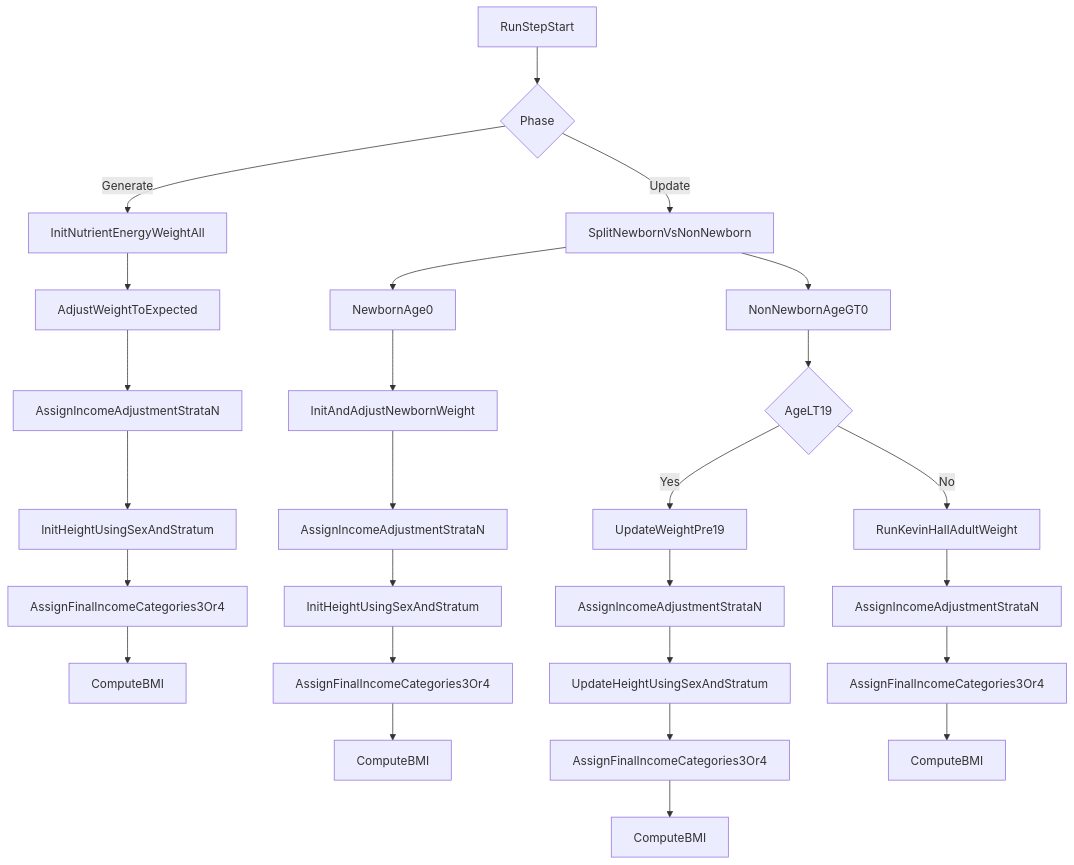
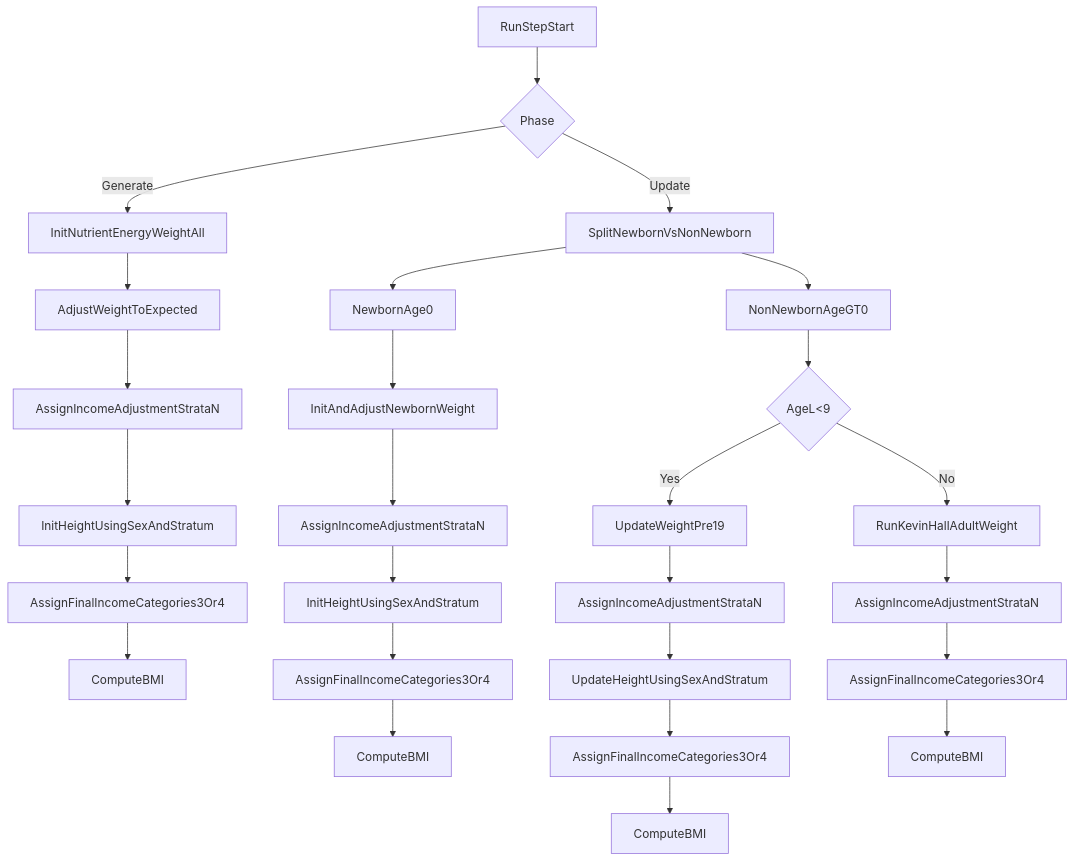
The diagram in documentation/technical/plans/height-csv-quintile-plan.md (imperialCHEPI/healthgps), drawn with Mermaid before and after one commit. The commit also changed other lines of this file and 6 other files, not shown here.

````diff
--- a/documentation/technical/plans/height-csv-quintile-plan.md
+++ b/documentation/technical/plans/height-csv-quintile-plan.md
@@ -81,32 +81,32 @@
 ```mermaid
 flowchart TD
     runStart[RunStepStart] --> modeCheck{Phase}
     modeCheck -->|Generate| initAll[InitNutrientEnergyWeightAll]
     modeCheck -->|Update| updateSplit[SplitNewbornVsNonNewborn]
 
     initAll --> weightAdjust[AdjustWeightToExpected]
     weightAdjust --> strataAssign[AssignIncomeAdjustmentStrataN]
     strataAssign --> heightInit[InitHeightUsingSexAndStratum]
     heightInit --> finalIncomeInit[AssignFinalIncomeCategories3Or4]
     finalIncomeInit --> bmiInit[ComputeBMI]
 
     updateSplit --> newbornPath[NewbornAge0]
     updateSplit --> nonNewbornPath[NonNewbornAgeGT0]
 
     newbornPath --> newbornWeight[InitAndAdjustNewbornWeight]
     newbornWeight --> newbornStrata[AssignIncomeAdjustmentStrataN]
     newbornStrata --> newbornHeight[InitHeightUsingSexAndStratum]
     newbornHeight --> newbornIncome[AssignFinalIncomeCategories3Or4]
     newbornIncome --> newbornBmi[ComputeBMI]
 
-    nonNewbornPath --> ageGate{AgeLT19}
+    nonNewbornPath --> ageGate{AgeL<9}
     ageGate -->|Yes| childWeight[UpdateWeightPre19]
     ageGate -->|No| adultWeight[RunKevinHallAdultWeight]
     childWeight --> childStrata[AssignIncomeAdjustmentStrataN]
     childStrata --> childHeight[UpdateHeightUsingSexAndStratum]
     childHeight --> childIncome[AssignFinalIncomeCategories3Or4]
     childIncome --> childBmi[ComputeBMI]
     adultWeight --> adultStrata[AssignIncomeAdjustmentStrataN]
     adultStrata --> adultIncome[AssignFinalIncomeCategories3Or4]
     adultIncome --> adultBmi[ComputeBMI]
 ```
````
